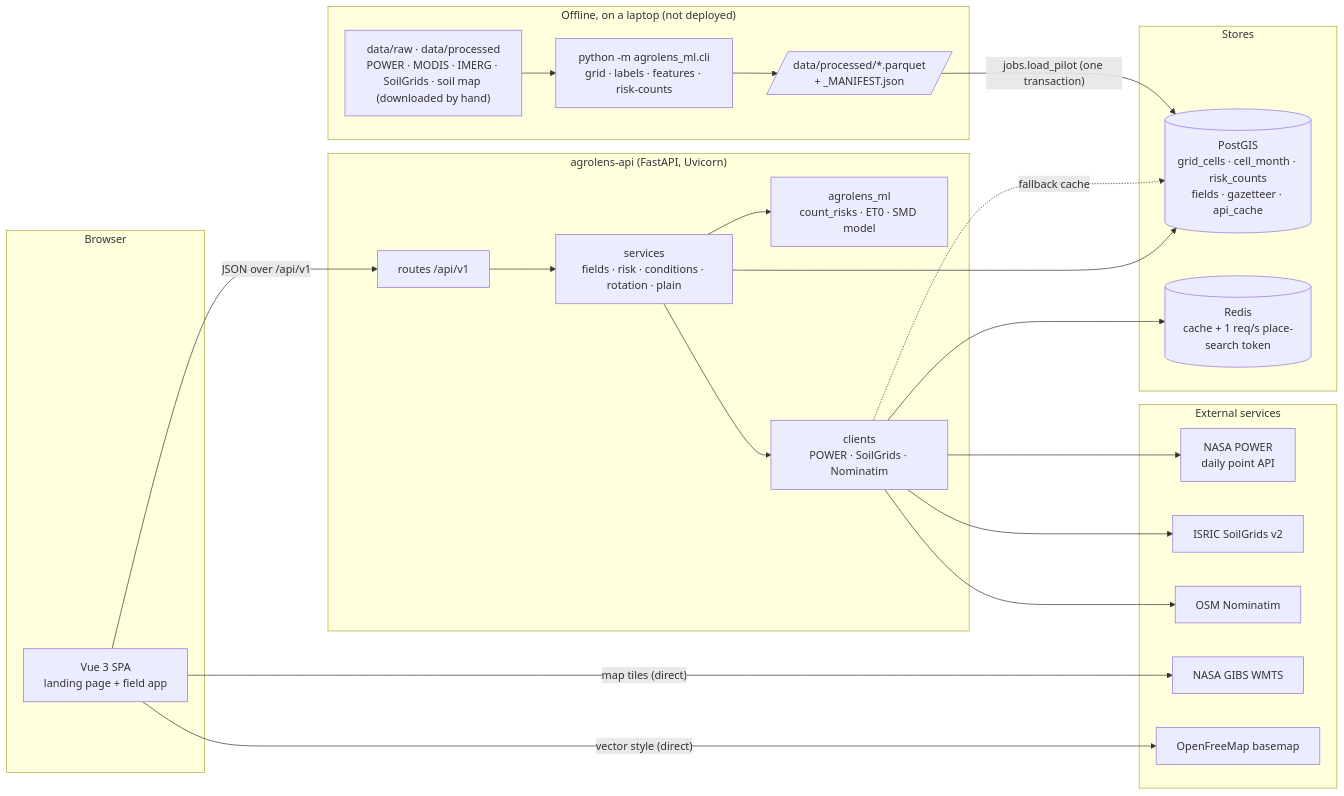
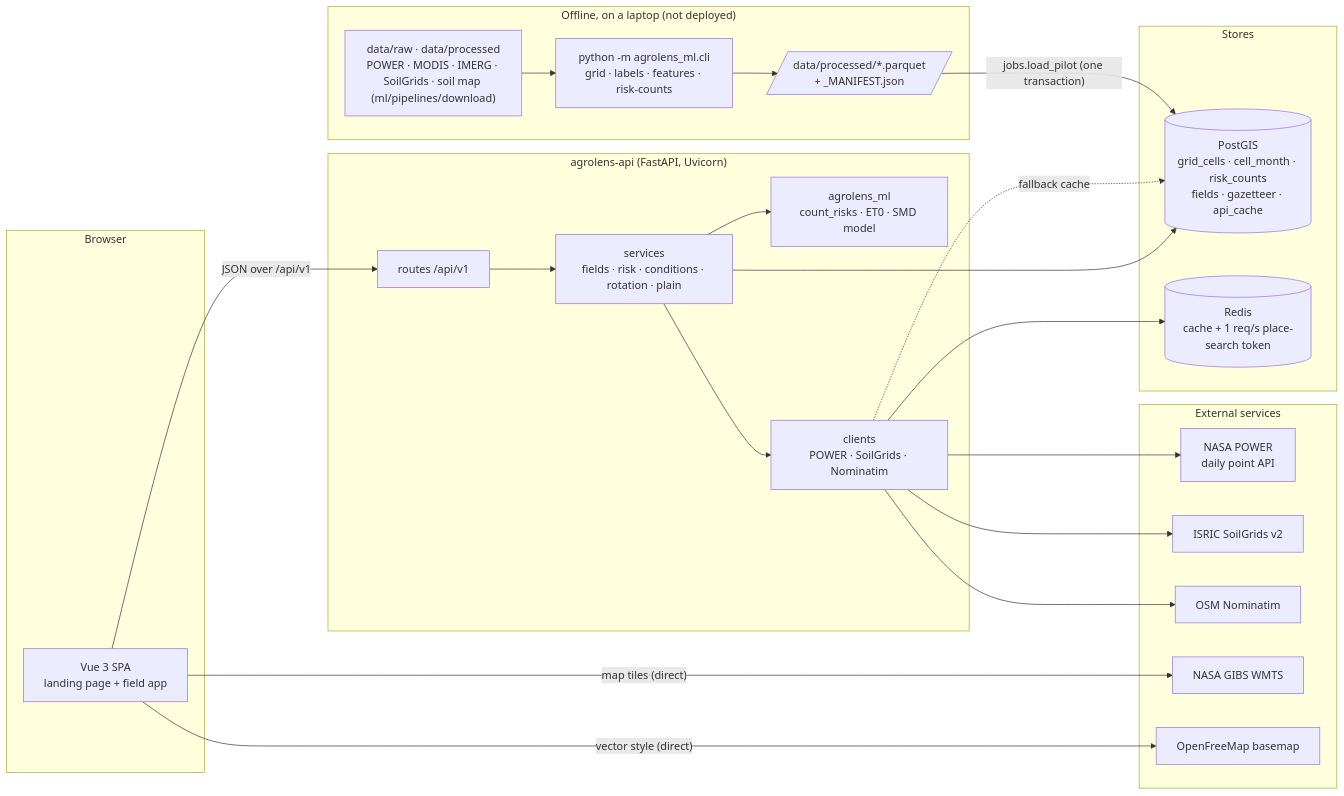
The first of 3 diagrams in README.md (h0pers/nasa-hackathon-2026), drawn with Mermaid before and after one commit. The commit also changed other lines of this file and 14 other files, not shown here.

First line of the commit message:
fix(ml): restore the pilot data download scripts

````diff
--- a/README.md
+++ b/README.md
@@ -106,43 +106,43 @@
 ```mermaid
 flowchart LR
     subgraph Browser
         SPA["Vue 3 SPA<br/>landing page + field app"]
     end
 
     subgraph API["agrolens-api (FastAPI, Uvicorn)"]
         R["routes /api/v1"] --> S["services<br/>fields · risk · conditions · rotation · plain"]
         S --> ML["agrolens_ml<br/>count_risks · ET0 · SMD model"]
         S --> C["clients<br/>POWER · SoilGrids · Nominatim"]
     end
 
     subgraph Stores
         PG[("PostGIS<br/>grid_cells · cell_month · risk_counts<br/>fields · gazetteer · api_cache")]
         RD[("Redis<br/>cache + 1 req/s place-search token")]
     end
 
     subgraph External["External services"]
         POWER["NASA POWER<br/>daily point API"]
         SG["ISRIC SoilGrids v2"]
         OSM["OSM Nominatim"]
         GIBS["NASA GIBS WMTS"]
         OFM["OpenFreeMap basemap"]
     end
 
     SPA -- "JSON over /api/v1" --> R
     SPA -- "map tiles (direct)" --> GIBS
     SPA -- "vector style (direct)" --> OFM
     S --> PG
     C --> RD
     C -. "fallback cache" .-> PG
     C --> POWER
     C --> SG
     C --> OSM
 
     subgraph Offline["Offline, on a laptop (not deployed)"]
-        DL["data/raw · data/processed<br/>POWER · MODIS · IMERG · SoilGrids · soil map (downloaded by hand)"]
+        DL["data/raw · data/processed<br/>POWER · MODIS · IMERG · SoilGrids · soil map (ml/pipelines/download)"]
         CLI["python -m agrolens_ml.cli<br/>grid · labels · features · risk-counts"]
         PQ[/"data/processed/*.parquet<br/>+ _MANIFEST.json"/]
         DL --> CLI --> PQ
     end
     PQ -- "jobs.load_pilot (one transaction)" --> PG
 ```
````
